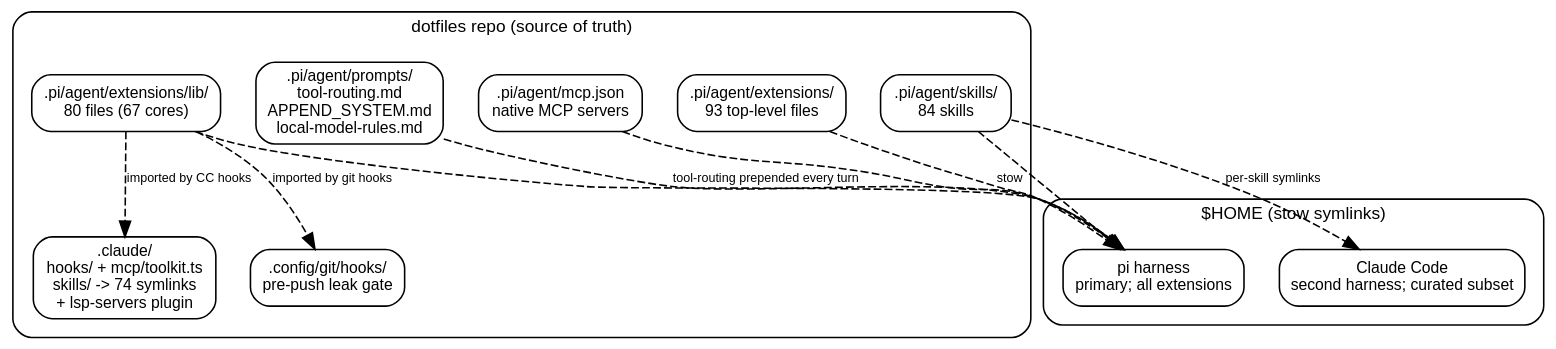
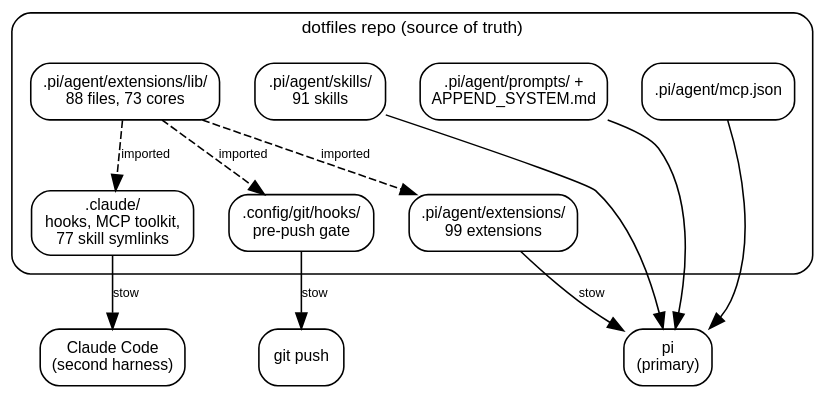
The second of 3 diagrams in src/content/docs/reference/pi-harness-journey.mdx (erfianugrah/lexicanum), drawn with Graphviz before and after one commit. The commit also changed other lines of this file and 14 other files, not shown here.

First line of the commit message:
docs(harnesses): presentation, diagram and prose pass over the pi harness series (lexicanum#57)

````diff
--- a/src/content/docs/reference/pi-harness-journey.mdx
+++ b/src/content/docs/reference/pi-harness-journey.mdx
@@ -62,34 +103,33 @@
 ```dot
 digraph {
   rankdir=TB; bgcolor="transparent"; nodesep=0.3; ranksep=0.5;
   fontname="Helvetica,Arial,sans-serif";
   node [fontname="Helvetica,Arial,sans-serif", fontsize=10, shape=box, style=rounded];
   edge [fontname="Helvetica,Arial,sans-serif", fontsize=8];
 
   subgraph cluster_dotfiles {
     label="dotfiles repo (source of truth)"; style=rounded; fontsize=11; margin=12;
-    ext [label=".pi/agent/extensions/\n93 top-level files"];
-    lib [label=".pi/agent/extensions/lib/\n80 files (67 cores)"];
-    skills [label=".pi/agent/skills/\n84 skills"];
-    prompts [label=".pi/agent/prompts/\ntool-routing.md\nAPPEND_SYSTEM.md\nlocal-model-rules.md"];
-    mcp_json [label=".pi/agent/mcp.json\nnative MCP servers"];
-    claude [label=".claude/\nhooks/ + mcp/toolkit.ts\nskills/ -> 74 symlinks\n+ lsp-servers plugin"];
-    git_hooks [label=".config/git/hooks/\npre-push leak gate"];
+    ext [label=".pi/agent/extensions/\n99 extensions"];
+    lib [label=".pi/agent/extensions/lib/\n88 files, 73 cores"];
+    skills [label=".pi/agent/skills/\n91 skills"];
+    prompts [label=".pi/agent/prompts/ +\nAPPEND_SYSTEM.md"];
+    mcp_json [label=".pi/agent/mcp.json"];
+    claude [label=".claude/\nhooks, MCP toolkit,\n77 skill symlinks"];
+    git_hooks [label=".config/git/hooks/\npre-push gate"];
   }
 
-  subgraph cluster_live {
-    label="\$HOME (stow symlinks)"; style=rounded; fontsize=11; margin=12;
-    pi_live [label="pi harness\nprimary; all extensions"];
-    cc_live [label="Claude Code\nsecond harness; curated subset"];
-  }
+  pi_live [label="pi\n(primary)"];
+  cc_live [label="Claude Code\n(second harness)"];
+  git [label="git push"];
 
-  ext -> pi_live [style=dashed, label="stow"];
-  lib -> pi_live [style=dashed];
-  lib -> claude [style=dashed, label="imported by CC hooks"];
-  lib -> git_hooks [style=dashed, label="imported by git hooks"];
-  skills -> pi_live [style=dashed];
-  skills -> cc_live [style=dashed, label="per-skill symlinks"];
-  prompts -> pi_live [style=dashed, label="tool-routing prepended every turn"];
-  mcp_json -> pi_live [style=dashed];
+  ext -> pi_live [label="stow"];
+  skills -> pi_live;
+  prompts -> pi_live;
+  mcp_json -> pi_live;
+  lib -> ext [style=dashed, label="imported"];
+  lib -> claude [style=dashed, label="imported"];
+  lib -> git_hooks [style=dashed, label="imported"];
+  claude -> cc_live [label="stow"];
+  git_hooks -> git [label="stow"];
 }
 ```
````
